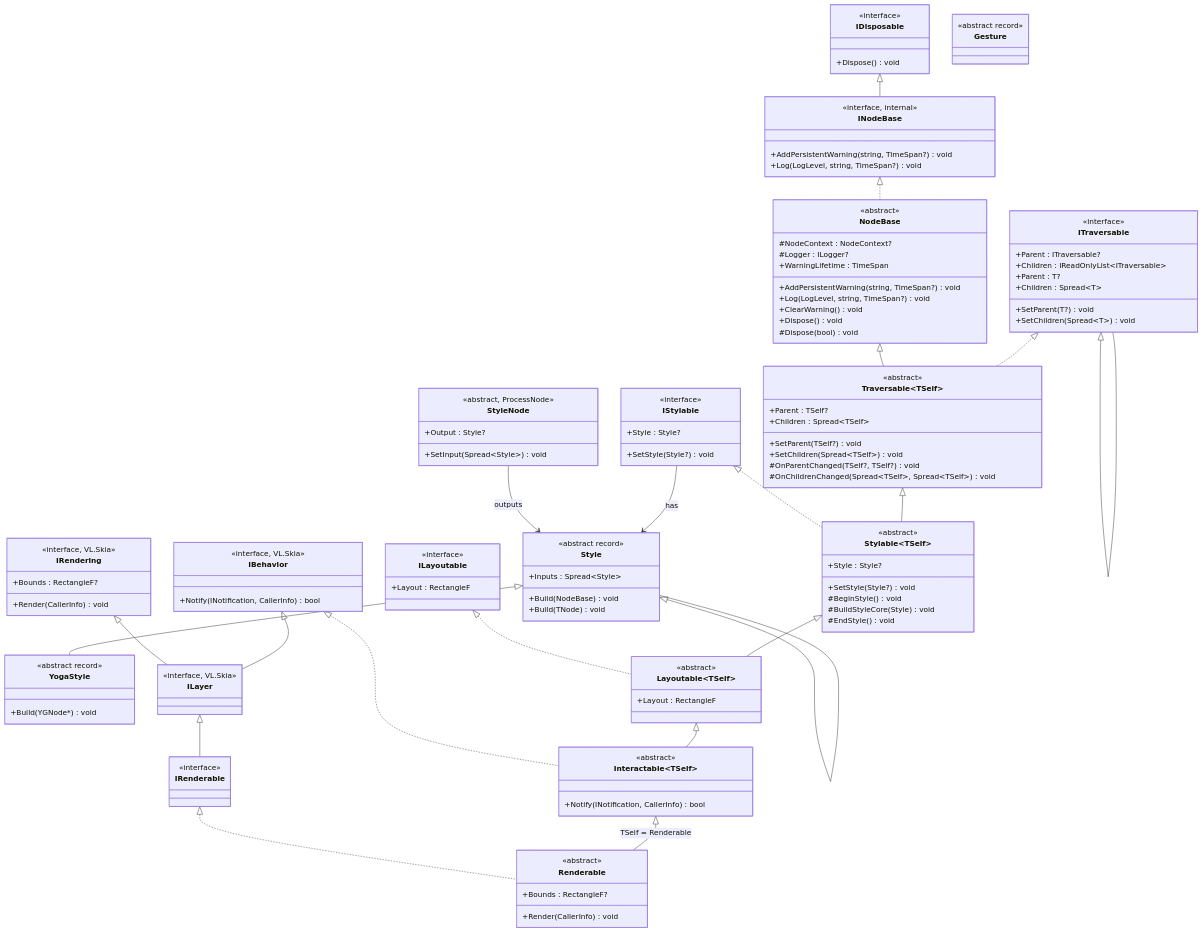
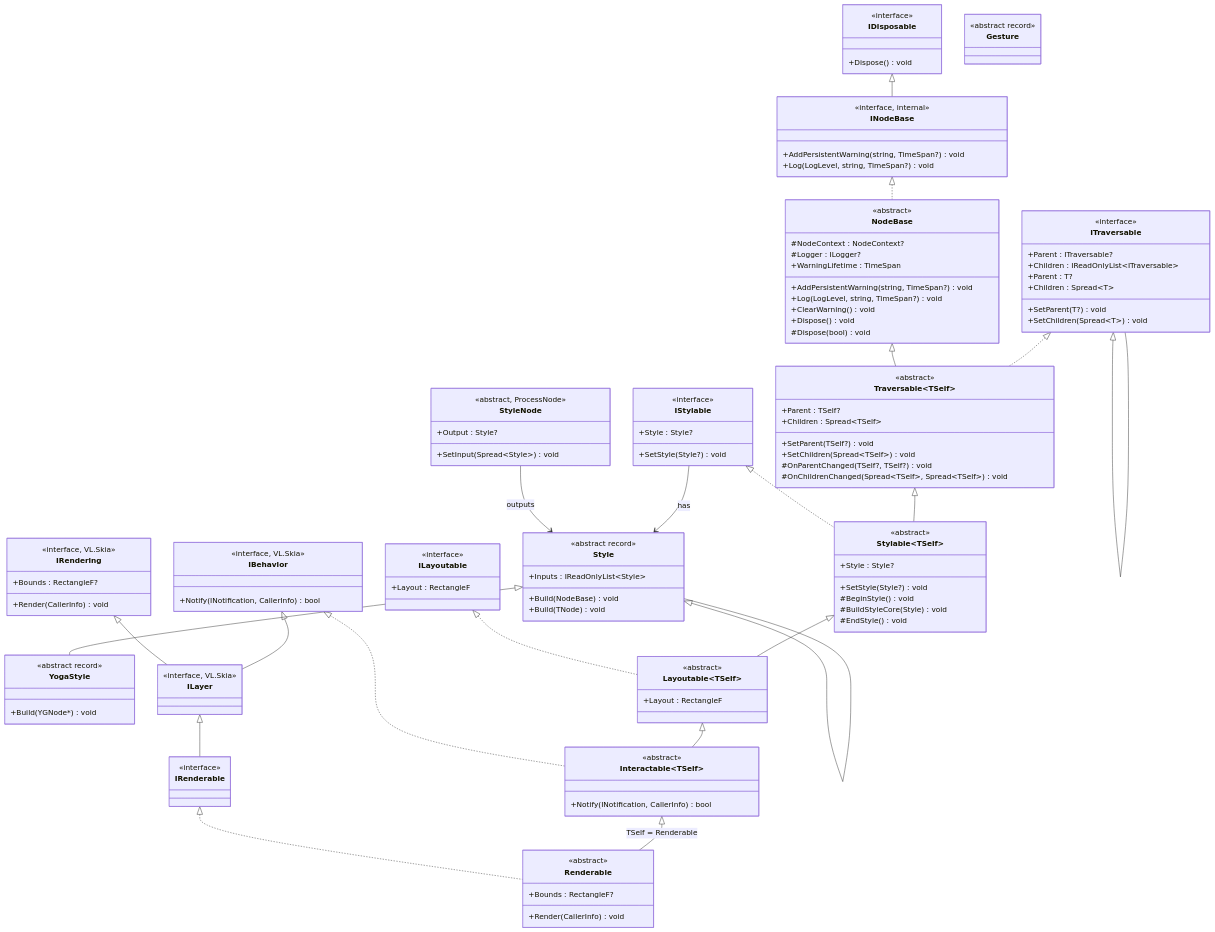
Before and after one commit to antokhio/VL.Fu: the diagram in .github/summaries/summary-core-inheritance.md, drawn with Mermaid. The commit also changed other lines of this file and 15 other files, not shown here.

```diff
--- a/.github/summaries/summary-core-inheritance.md
+++ b/.github/summaries/summary-core-inheritance.md
@@ -64,7 +64,7 @@
     %% Style Layer
     class Style {
         <<abstract record>>
-        +Inputs : Spread~Style~
+        +Inputs : IReadOnlyList~Style~
         +Build(NodeBase) void
     }
     class Style~TNode~ {
```
